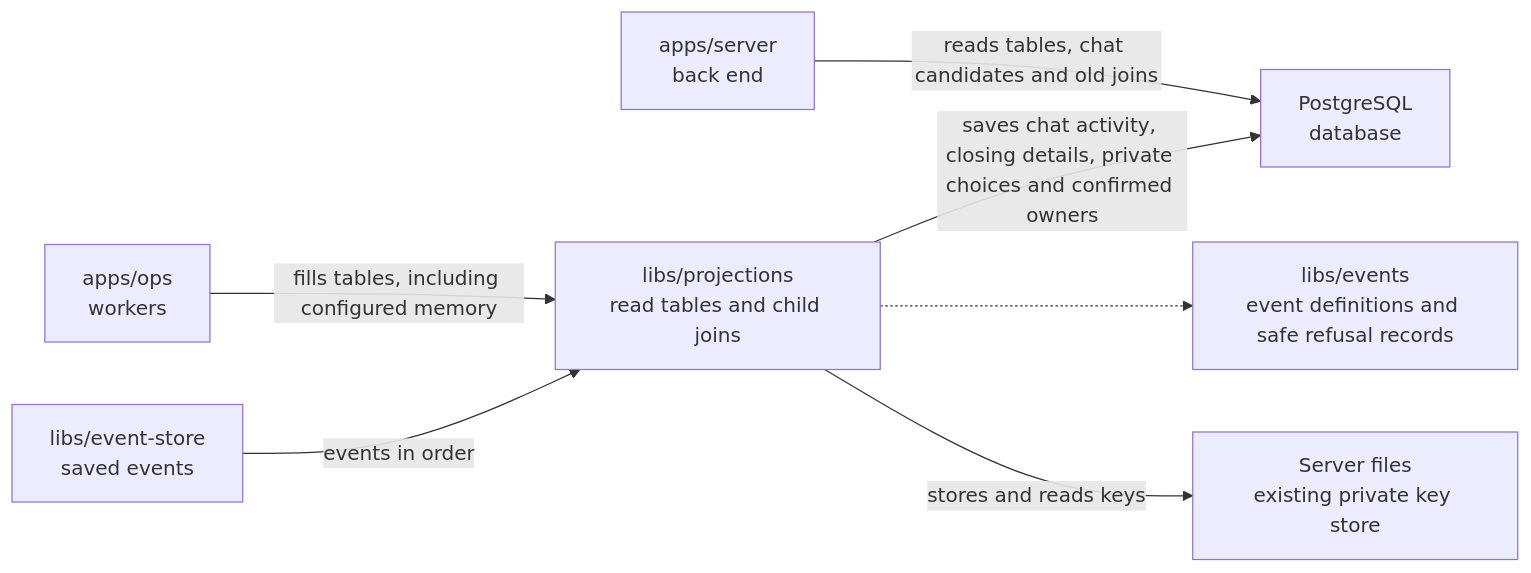
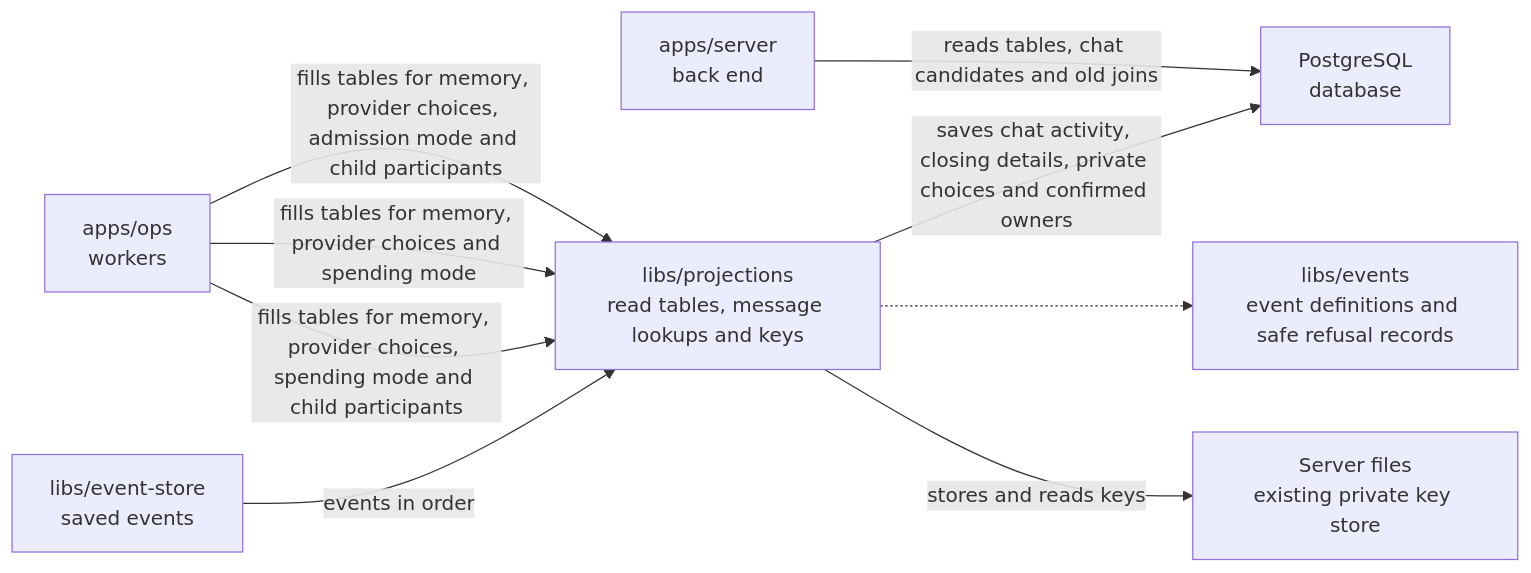
One commit to elewa-git/opencrane-new changed the diagram in libs/projections/README.md. Above: the diagram before and after it, drawn with Mermaid. The commit also changed other lines of this file and 25 other files, not shown here.

First line of the commit message:
🔀 New turns follow the saved provider choice after a recorded switch-on, and spending limits stay editable (#307)

````diff
--- a/libs/projections/README.md
+++ b/libs/projections/README.md
@@ -23,9 +23,11 @@
 ```mermaid
 flowchart LR
-  ops["apps/ops<br/>workers"] -->|fills tables, including configured memory| projections["libs/projections<br/>read tables and child joins"]
+  ops["apps/ops<br/>workers"] -->|fills tables for memory, provider choices, admission mode and child participants| projections["libs/projections<br/>read tables, message lookups and keys"]
+  ops["apps/ops<br/>workers"] -->|fills tables for memory, provider choices and spending mode| projections["libs/projections<br/>read tables, message lookups and keys"]
+  ops["apps/ops<br/>workers"] -->|fills tables for memory, provider choices, spending mode and child participants| projections["libs/projections<br/>read tables, message lookups and keys"]
   server["apps/server<br/>back end"] -->|reads tables, chat candidates and old joins| pg["PostgreSQL<br/>database"]
   projections -->|saves chat activity, closing details, private choices and confirmed owners| pg
   store["libs/event-store<br/>saved events"] -->|events in order| projections
   projections -.-> events["libs/events<br/>event definitions and safe refusal records"]
   projections -->|stores and reads keys| keys["Server files<br/>existing private key store"]
 ```
````
